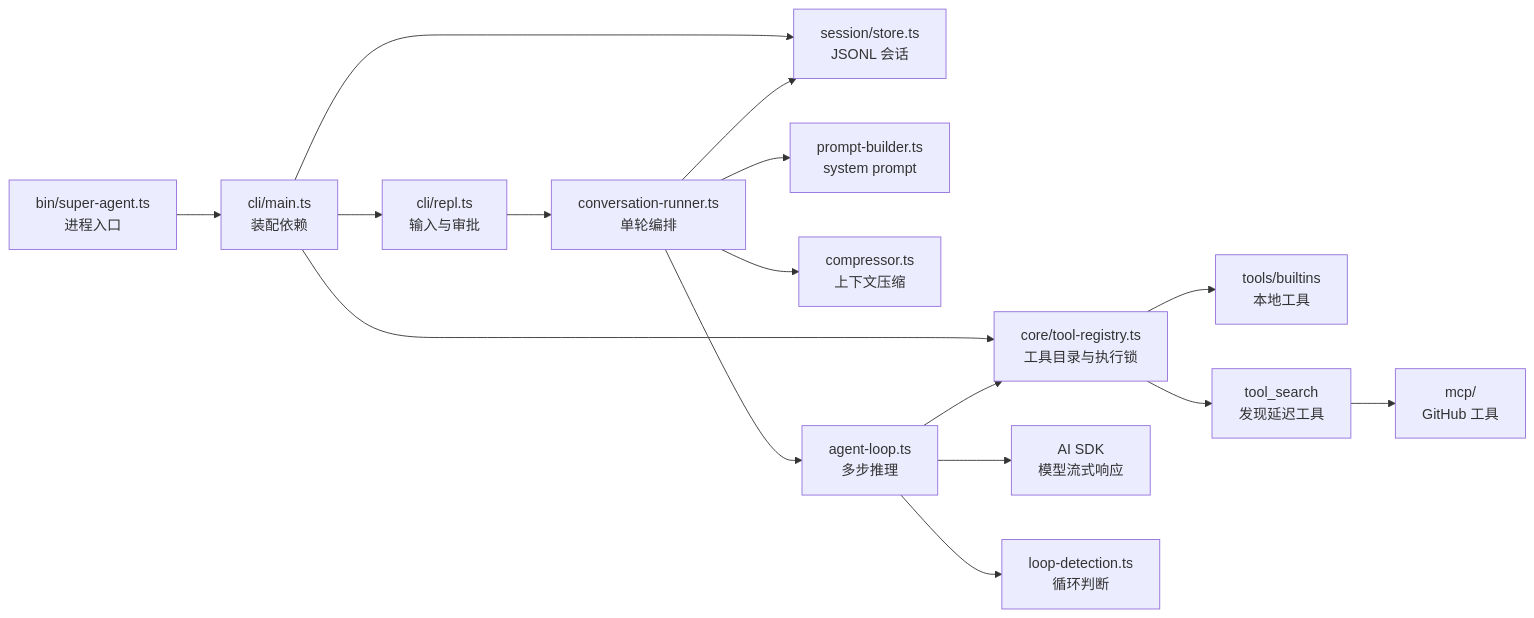
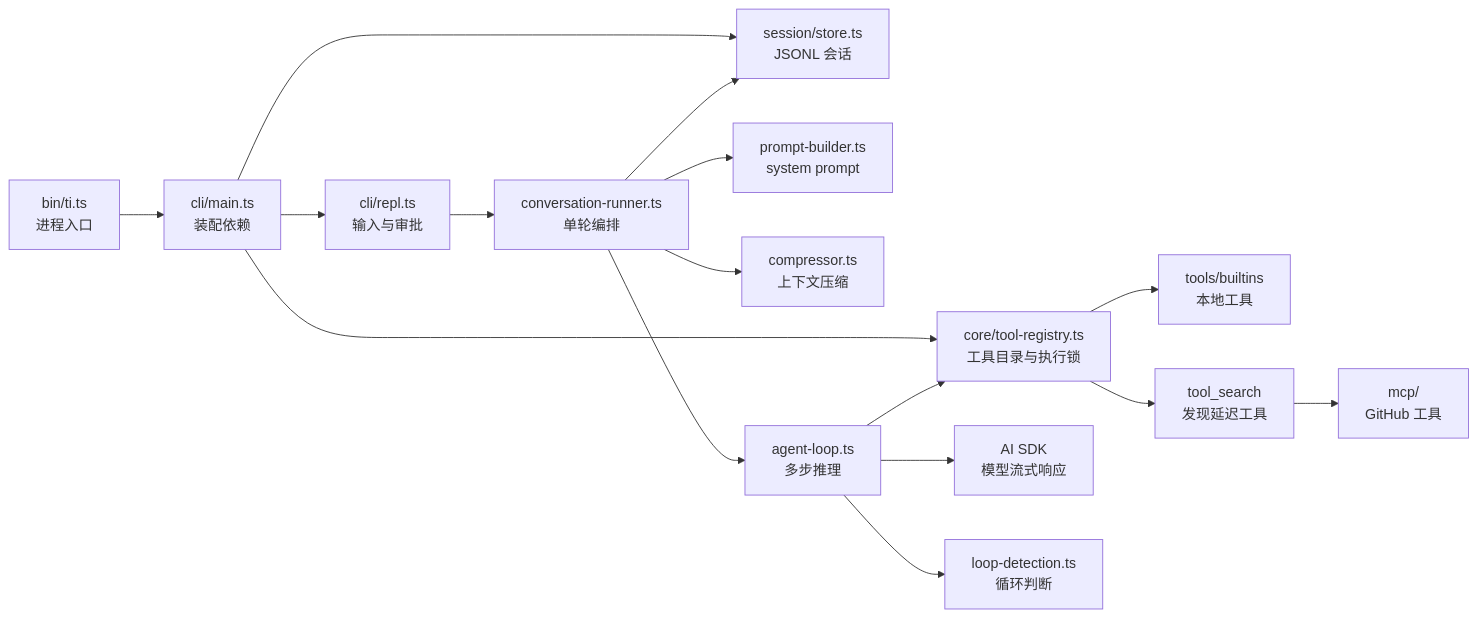
One commit to caosiwei97/super-agent changed the sixth of 6 diagrams in README.md. Above: the diagram before and after it, drawn with Mermaid. The commit also changed other lines of this file and 1 other file, not shown here.

Commit message:
docs: 将项目名称更新为 ti-agent

````diff
--- a/README.md
+++ b/README.md
@@ -210,18 +210,18 @@
 ```mermaid
 flowchart LR
-    Bin["bin/super-agent.ts\n进程入口"] --> Main["cli/main.ts\n装配依赖"]
+    Bin["bin/ti.ts\n进程入口"] --> Main["cli/main.ts\n装配依赖"]
     Main --> Repl["cli/repl.ts\n输入与审批"]
     Main --> Registry["core/tool-registry.ts\n工具目录与执行锁"]
     Main --> Store["session/store.ts\nJSONL 会话"]
     Repl --> Runner["conversation-runner.ts\n单轮编排"]
     Runner --> Prompt["prompt-builder.ts\nsystem prompt"]
     Runner --> Compact["compressor.ts\n上下文压缩"]
     Runner --> Loop["agent-loop.ts\n多步推理"]
     Loop --> Model["AI SDK\n模型流式响应"]
     Loop --> Detector["loop-detection.ts\n循环判断"]
     Loop --> Registry
     Registry --> Builtin["tools/builtins\n本地工具"]
     Registry --> Search["tool_search\n发现延迟工具"]
     Search --> MCP["mcp/\nGitHub 工具"]
     Runner --> Store
 ```
````
